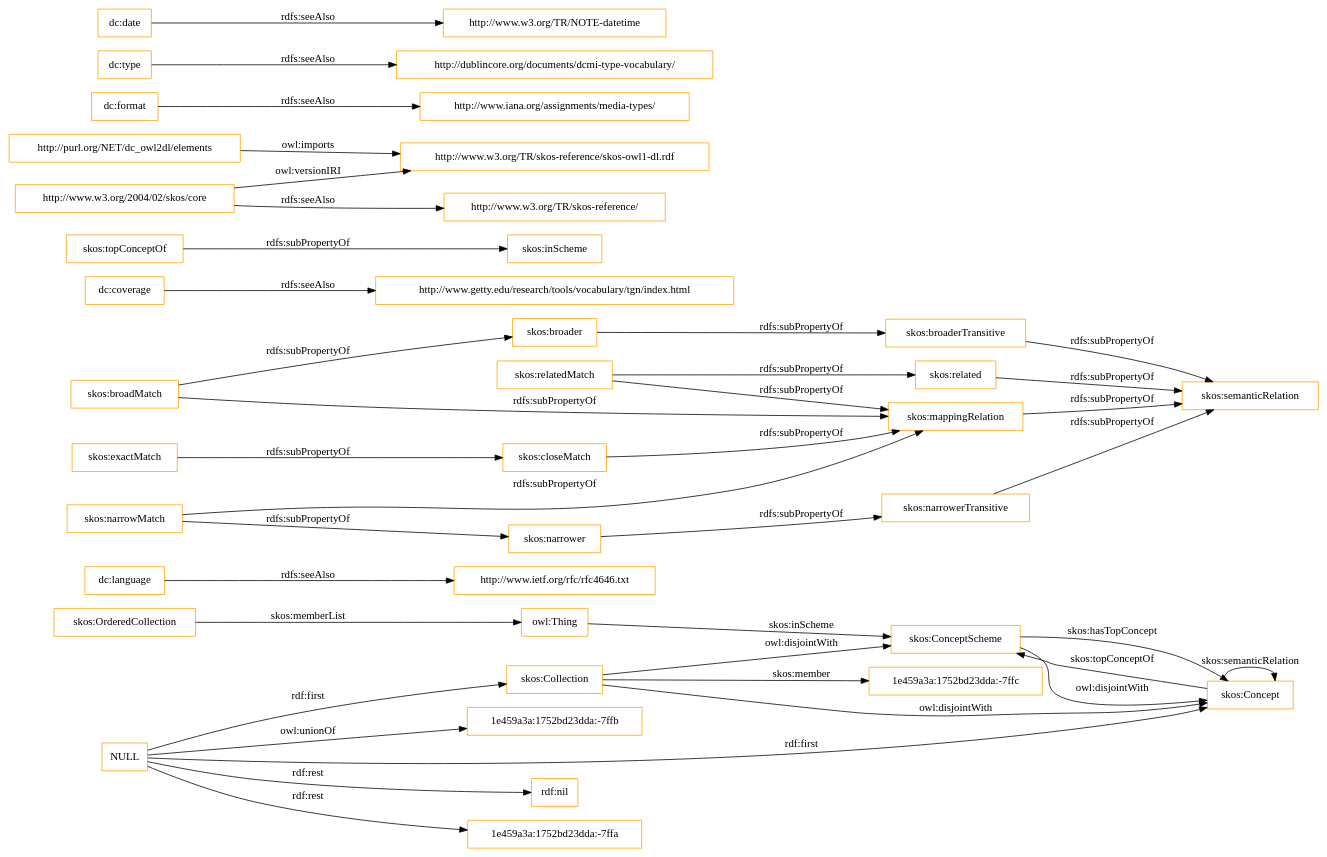
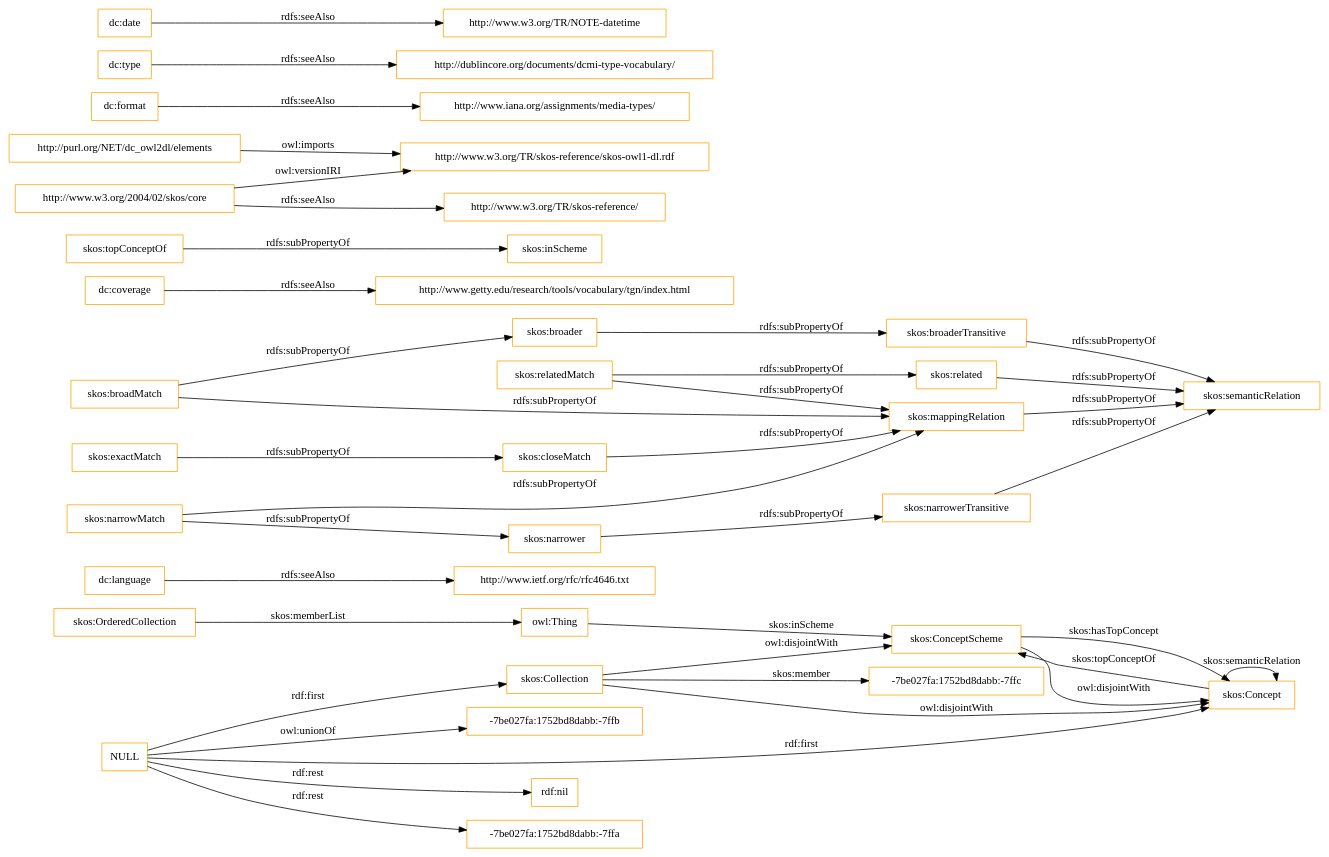
Before and after one commit to OnToologyUser/core-ontology-1: the diagram in OnToology/imports/elements.owl/diagrams/ar2dtool-class/elements.owl.png.dot, drawn with Graphviz. The commit also changed 14 other files, not shown here.

```diff
--- a/OnToology/imports/elements.owl/diagrams/ar2dtool-class/elements.owl.png.dot
+++ b/OnToology/imports/elements.owl/diagrams/ar2dtool-class/elements.owl.png.dot
@@ -1,43 +1,43 @@
 digraph ar2dtool_diagram { 
 rankdir=LR;
 size="1501"
-node [shape = rectangle, color="orange"]; "1e459a3a:1752bd23dda:-7ffc" "skos:OrderedCollection" "skos:Collection" "skos:ConceptScheme" "skos:Concept" ; /*classes style*/
+node [shape = rectangle, color="orange"]; "-7be027fa:1752bd8dabb:-7ffc" "skos:OrderedCollection" "skos:Collection" "skos:ConceptScheme" "skos:Concept" ; /*classes style*/
 	"dc:language" -> "http://www.ietf.org/rfc/rfc4646.txt" [ label = "rdfs:seeAlso" ];
 	"NULL" -> "rdf:nil" [ label = "rdf:rest" ];
 	"NULL" -> "skos:Collection" [ label = "rdf:first" ];
-	"NULL" -> "1e459a3a:1752bd23dda:-7ffa" [ label = "rdf:rest" ];
+	"NULL" -> "-7be027fa:1752bd8dabb:-7ffa" [ label = "rdf:rest" ];
 	"NULL" -> "skos:Concept" [ label = "rdf:first" ];
-	"NULL" -> "1e459a3a:1752bd23dda:-7ffb" [ label = "owl:unionOf" ];
+	"NULL" -> "-7be027fa:1752bd8dabb:-7ffb" [ label = "owl:unionOf" ];
 	"skos:closeMatch" -> "skos:mappingRelation" [ label = "rdfs:subPropertyOf" ];
 	"dc:coverage" -> "http://www.getty.edu/research/tools/vocabulary/tgn/index.html" [ label = "rdfs:seeAlso" ];
 	"skos:relatedMatch" -> "skos:related" [ label = "rdfs:subPropertyOf" ];
 	"skos:relatedMatch" -> "skos:mappingRelation" [ label = "rdfs:subPropertyOf" ];
 	"skos:ConceptScheme" -> "skos:Concept" [ label = "owl:disjointWith" ];
 	"skos:related" -> "skos:semanticRelation" [ label = "rdfs:subPropertyOf" ];
 	"skos:topConceptOf" -> "skos:inScheme" [ label = "rdfs:subPropertyOf" ];
 	"skos:broadMatch" -> "skos:broader" [ label = "rdfs:subPropertyOf" ];
 	"skos:broadMatch" -> "skos:mappingRelation" [ label = "rdfs:subPropertyOf" ];
 	"http://purl.org/NET/dc_owl2dl/elements" -> "http://www.w3.org/TR/skos-reference/skos-owl1-dl.rdf" [ label = "owl:imports" ];
 	"skos:exactMatch" -> "skos:closeMatch" [ label = "rdfs:subPropertyOf" ];
 	"dc:format" -> "http://www.iana.org/assignments/media-types/" [ label = "rdfs:seeAlso" ];
 	"skos:broaderTransitive" -> "skos:semanticRelation" [ label = "rdfs:subPropertyOf" ];
 	"dc:type" -> "http://dublincore.org/documents/dcmi-type-vocabulary/" [ label = "rdfs:seeAlso" ];
 	"skos:broader" -> "skos:broaderTransitive" [ label = "rdfs:subPropertyOf" ];
 	"skos:mappingRelation" -> "skos:semanticRelation" [ label = "rdfs:subPropertyOf" ];
 	"http://www.w3.org/2004/02/skos/core" -> "http://www.w3.org/TR/skos-reference/skos-owl1-dl.rdf" [ label = "owl:versionIRI" ];
 	"http://www.w3.org/2004/02/skos/core" -> "http://www.w3.org/TR/skos-reference/" [ label = "rdfs:seeAlso" ];
 	"skos:Collection" -> "skos:ConceptScheme" [ label = "owl:disjointWith" ];
 	"skos:Collection" -> "skos:Concept" [ label = "owl:disjointWith" ];
 	"skos:narrowMatch" -> "skos:narrower" [ label = "rdfs:subPropertyOf" ];
 	"skos:narrowMatch" -> "skos:mappingRelation" [ label = "rdfs:subPropertyOf" ];
 	"skos:narrower" -> "skos:narrowerTransitive" [ label = "rdfs:subPropertyOf" ];
 	"dc:date" -> "http://www.w3.org/TR/NOTE-datetime" [ label = "rdfs:seeAlso" ];
 	"skos:narrowerTransitive" -> "skos:semanticRelation" [ label = "rdfs:subPropertyOf" ];
 	"skos:OrderedCollection" -> "owl:Thing" [ label = "skos:memberList" ];
 	"skos:Concept" -> "skos:ConceptScheme" [ label = "skos:topConceptOf" ];
 	"skos:Concept" -> "skos:Concept" [ label = "skos:semanticRelation" ];
-	"skos:Collection" -> "1e459a3a:1752bd23dda:-7ffc" [ label = "skos:member" ];
+	"skos:Collection" -> "-7be027fa:1752bd8dabb:-7ffc" [ label = "skos:member" ];
 	"skos:ConceptScheme" -> "skos:Concept" [ label = "skos:hasTopConcept" ];
 	"owl:Thing" -> "skos:ConceptScheme" [ label = "skos:inScheme" ];
 
 }
```
